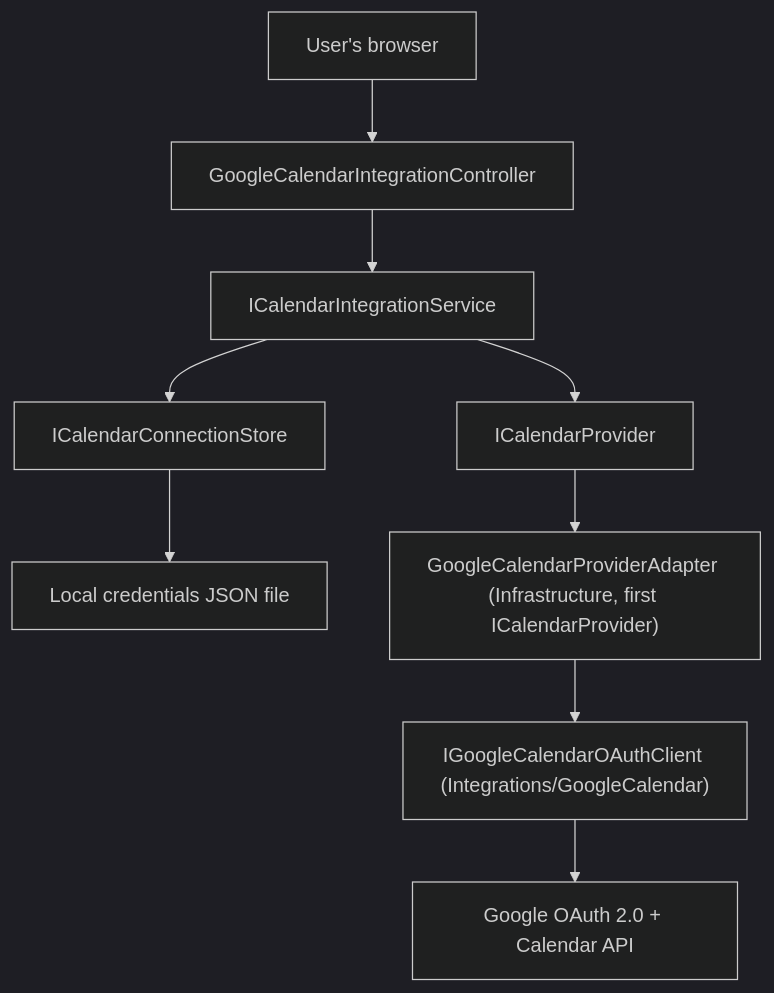
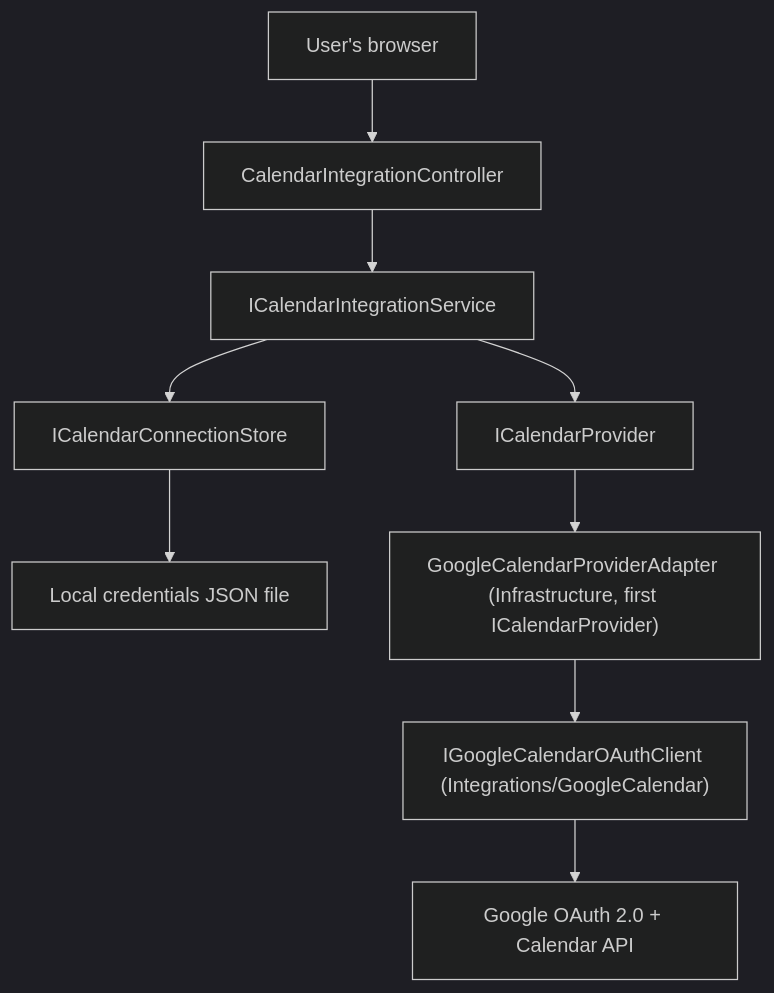
Before and after one commit to ggibellato/Financial: the diagram in docs/prd/P45-prd-google-calendar-credit-card-due-dates/features/P45-F01-google-calendar-account-connection/spec.md, drawn with Mermaid (dark theme). The commit also changed other lines of this file and 8 other files, not shown here.

First line of the commit message:
refactor(F01): rename controller/route from Google-specific to generic Calendar

````diff
--- a/docs/prd/P45-prd-google-calendar-credit-card-due-dates/features/P45-F01-google-calendar-account-connection/spec.md
+++ b/docs/prd/P45-prd-google-calendar-credit-card-due-dates/features/P45-F01-google-calendar-account-connection/spec.md
@@ -22,11 +22,11 @@
 ```mermaid
 graph TD
-  U[User's browser] --> C["GoogleCalendarIntegrationController"]
+  U[User's browser] --> C["CalendarIntegrationController"]
   C --> S["ICalendarIntegrationService"]
   S --> ST["ICalendarConnectionStore"]
   S --> CP["ICalendarProvider"]
   ST --> F["Local credentials JSON file"]
   CP --> AD["GoogleCalendarProviderAdapter (Infrastructure, first ICalendarProvider)"]
   AD --> OA["IGoogleCalendarOAuthClient (Integrations/GoogleCalendar)"]
   OA --> G["Google OAuth 2.0 + Calendar API"]
 ```
````
